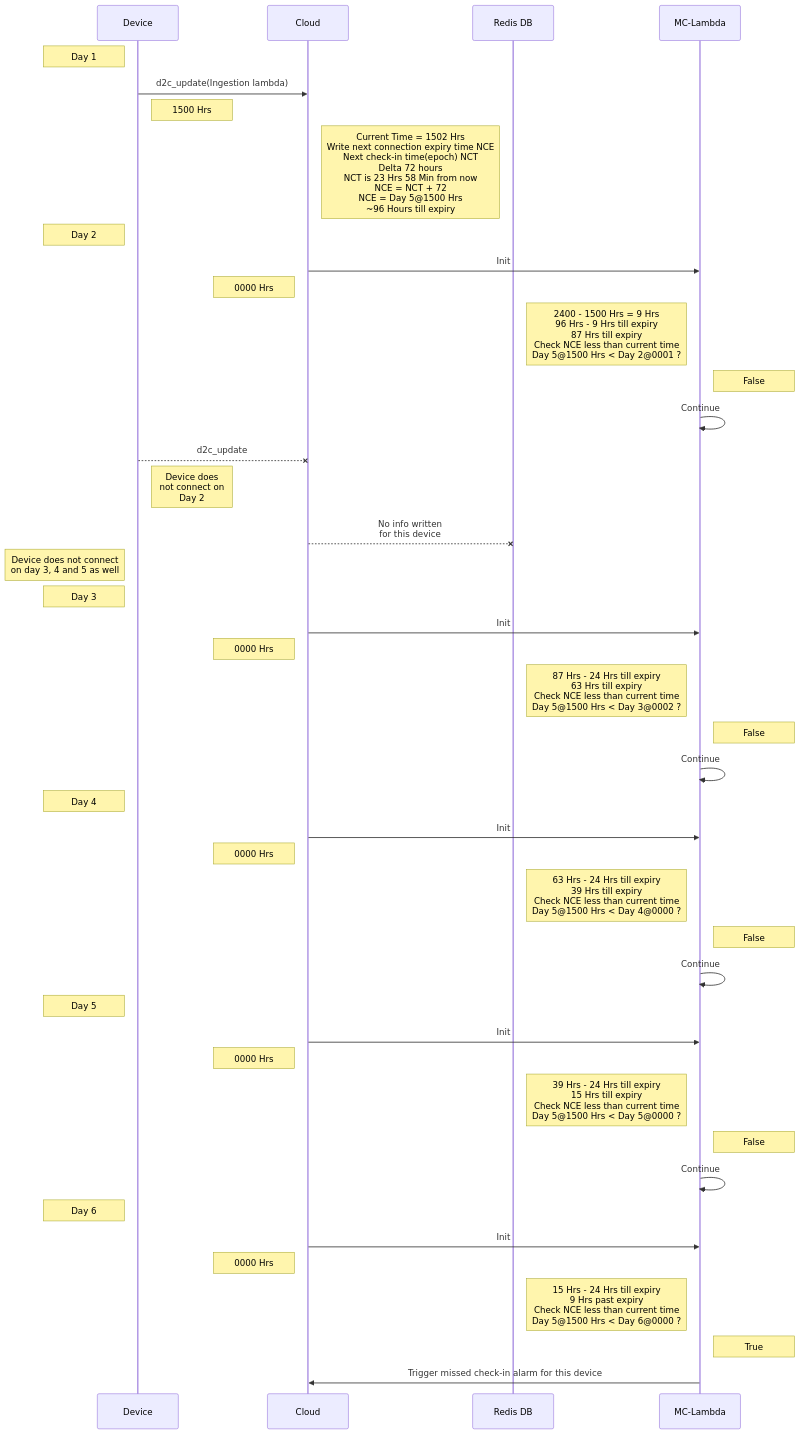
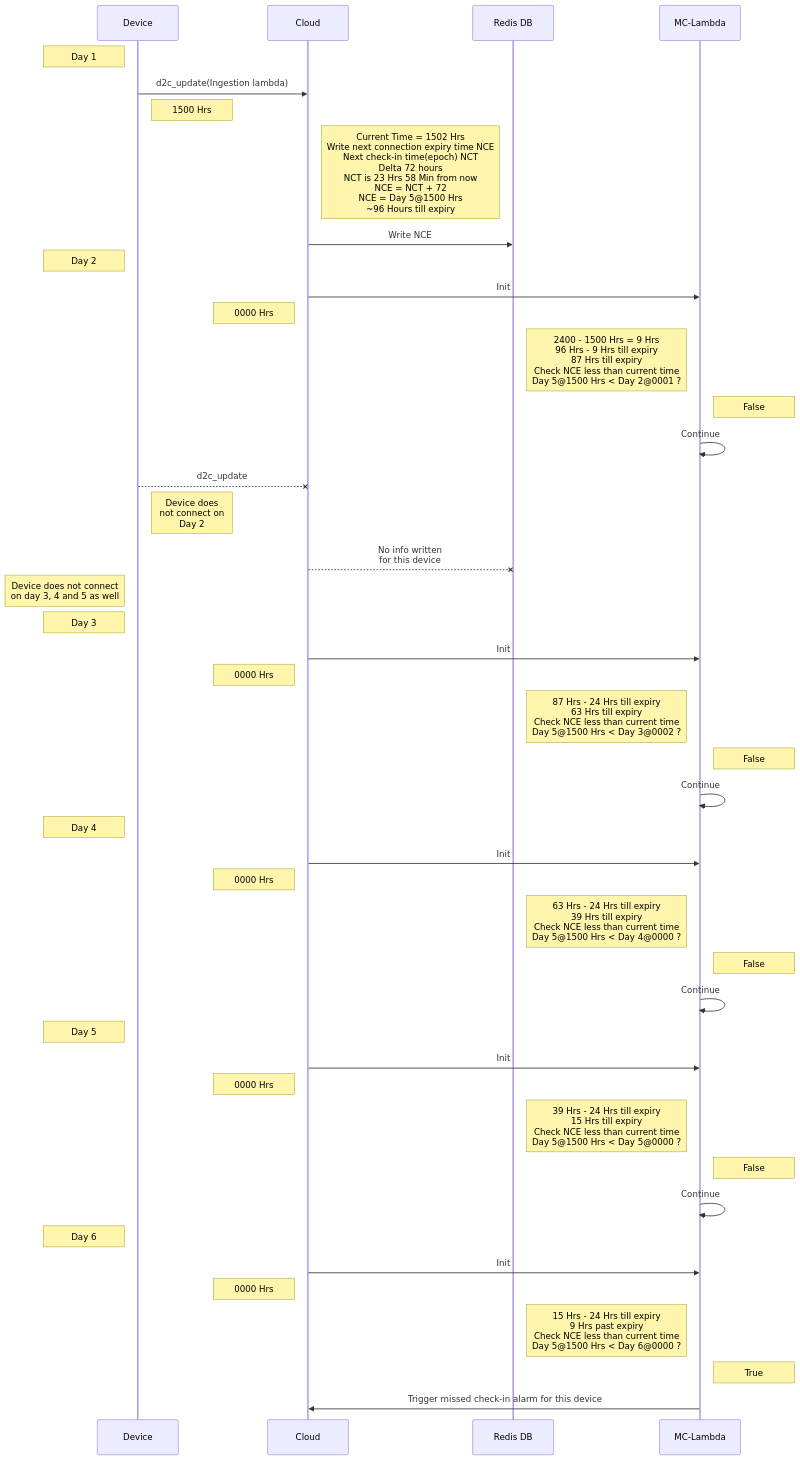
One commit to Mooney23/slc_diagrams changed the diagram in sequence_everyday.md. Above: the diagram before and after it, drawn with Mermaid.

Commit message:
Add write msg arrow

````diff
--- a/sequence_everyday.md
+++ b/sequence_everyday.md
@@ -9,51 +9,52 @@
 ```mermaid
 sequenceDiagram
     Note left of Device: Day 1
     Device ->> Cloud: d2c_update(Ingestion lambda)
     Note right of Device: 1500 Hrs
     Note left of Redis DB: Current Time = 1502 Hrs<br/>Write next connection expiry time NCE<br/>Next check-in time(epoch) NCT<br/>Delta 72 hours<br/>NCT is 23 Hrs 58 Min from now<br/>NCE = NCT + 72<br/>NCE = Day 5@1500 Hrs<br/>~96 Hours till expiry
+    Cloud ->> Redis DB: Write NCE
 
 
     Note left of Device: Day 2
     Cloud ->> MC-Lambda: Init
     Note left of Cloud: 0000 Hrs
     Note left of MC-Lambda: 2400 - 1500 Hrs = 9 Hrs<br/>96 Hrs - 9 Hrs till expiry<br/>87 Hrs till expiry<br/>Check NCE less than current time<br>Day 5@1500 Hrs < Day 2@0001 ?
     Note right of MC-Lambda: False
     MC-Lambda ->> MC-Lambda: Continue
     Device --x Cloud: d2c_update
     Note right of Device: Device does<br>not connect on<br>Day 2
     Cloud--xRedis DB: No info written<br>for this device
 
 
     Note left of Device: Device does not connect <br>on day 3, 4 and 5 as well
     Note left of Device: Day 3
     Cloud ->> MC-Lambda: Init
     Note left of Cloud: 0000 Hrs
     Note left of MC-Lambda: 87 Hrs - 24 Hrs till expiry<br/>63 Hrs till expiry<br/>Check NCE less than current time<br>Day 5@1500 Hrs < Day 3@0002 ?
     Note right of MC-Lambda: False
     MC-Lambda ->> MC-Lambda: Continue
 
 
     Note left of Device: Day 4
     Cloud ->> MC-Lambda: Init
     Note left of Cloud: 0000 Hrs
     Note left of MC-Lambda: 63 Hrs - 24 Hrs till expiry<br/>39 Hrs till expiry<br/>Check NCE less than current time<br>Day 5@1500 Hrs < Day 4@0000 ?
     Note right of MC-Lambda: False
     MC-Lambda ->> MC-Lambda: Continue
 
     Note left of Device: Day 5
     Cloud ->> MC-Lambda: Init
     Note left of Cloud: 0000 Hrs
     Note left of MC-Lambda: 39 Hrs - 24 Hrs till expiry<br/>15 Hrs till expiry<br/>Check NCE less than current time<br>Day 5@1500 Hrs < Day 5@0000 ?
     Note right of MC-Lambda: False
     MC-Lambda ->> MC-Lambda: Continue
 
     Note left of Device: Day 6
     Cloud ->> MC-Lambda: Init
     Note left of Cloud: 0000 Hrs
     Note left of MC-Lambda: 15 Hrs - 24 Hrs till expiry<br/>9 Hrs past expiry<br/>Check NCE less than current time<br>Day 5@1500 Hrs < Day 6@0000 ?
     Note right of MC-Lambda: True
 
     MC-Lambda ->> Cloud: Trigger missed check-in alarm for this device
 
 ```
````
